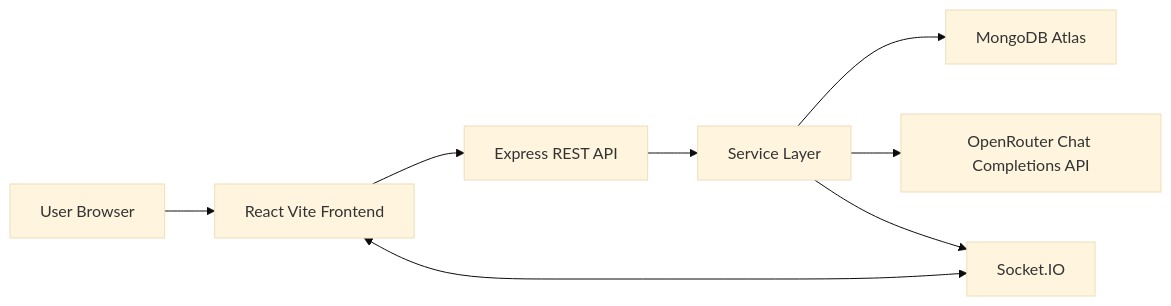
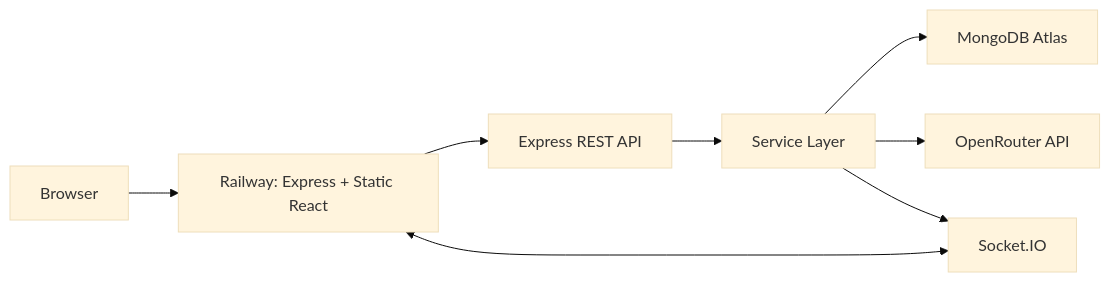
The diagram in README.md (ashwanibaghel/WorkOS), drawn with Mermaid (base theme) before and after one commit. The commit also changed other lines of this file and 3 other files, not shown here.

````diff
--- a/README.md
+++ b/README.md
@@ -62,10 +65,10 @@
 ```mermaid
 flowchart LR
-  User["User Browser"] --> Frontend["React Vite Frontend"]
-  Frontend --> API["Express REST API"]
-  Frontend <--> Socket["Socket.IO"]
+  Browser["Browser"] --> Railway["Railway: Express + Static React"]
+  Railway --> API["Express REST API"]
+  Railway <--> Socket["Socket.IO"]
   API --> Services["Service Layer"]
   Services --> Mongo["MongoDB Atlas"]
-  Services --> OpenRouter["OpenRouter Chat Completions API"]
+  Services --> OpenRouter["OpenRouter API"]
   Services --> Socket
 ```
````
